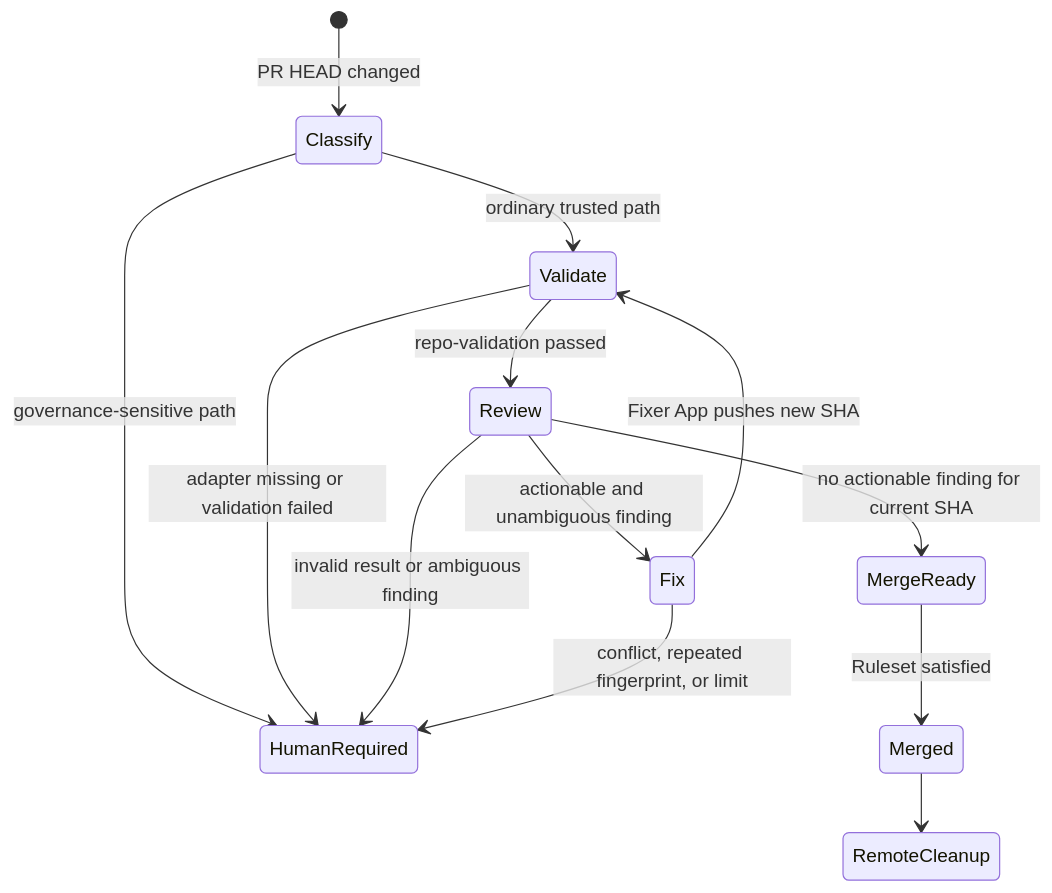
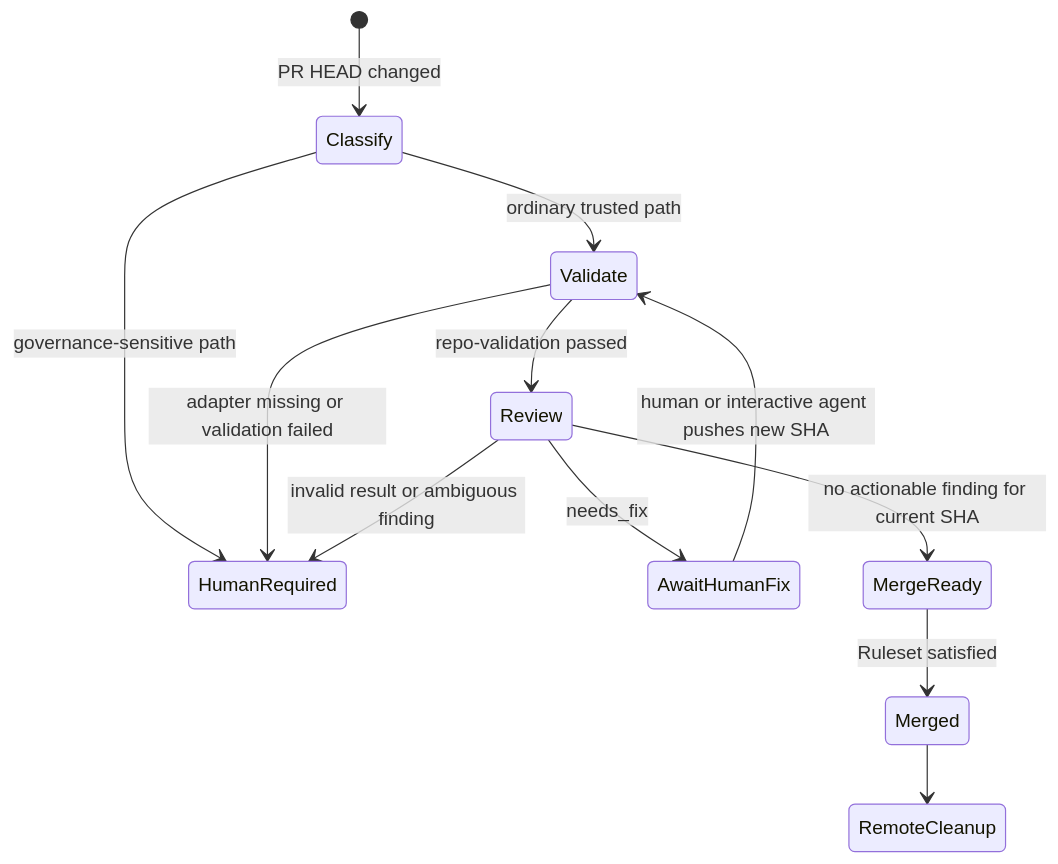
The second of 3 diagrams in _bmad-output/specs/spec-ai-review-loop-gate/state-machines.md (blue126/IaC), drawn with Mermaid before and after one commit. The commit also changed other lines of this file and 7 other files, not shown here.

````diff
--- a/_bmad-output/specs/spec-ai-review-loop-gate/state-machines.md
+++ b/_bmad-output/specs/spec-ai-review-loop-gate/state-machines.md
@@ -17,15 +17,14 @@
 ```mermaid
 stateDiagram-v2
     [*] --> Classify: PR HEAD changed
     Classify --> HumanRequired: governance-sensitive path
     Classify --> Validate: ordinary trusted path
     Validate --> HumanRequired: adapter missing or validation failed
     Validate --> Review: repo-validation passed
-    Review --> Fix: actionable and unambiguous finding
+    Review --> AwaitHumanFix: needs_fix
     Review --> HumanRequired: invalid result or ambiguous finding
-    Fix --> HumanRequired: conflict, repeated fingerprint, or limit
-    Fix --> Validate: Fixer App pushes new SHA
+    AwaitHumanFix --> Validate: human or interactive agent pushes new SHA
     Review --> MergeReady: no actionable finding for current SHA
     MergeReady --> Merged: Ruleset satisfied
     Merged --> RemoteCleanup
 ```
````
